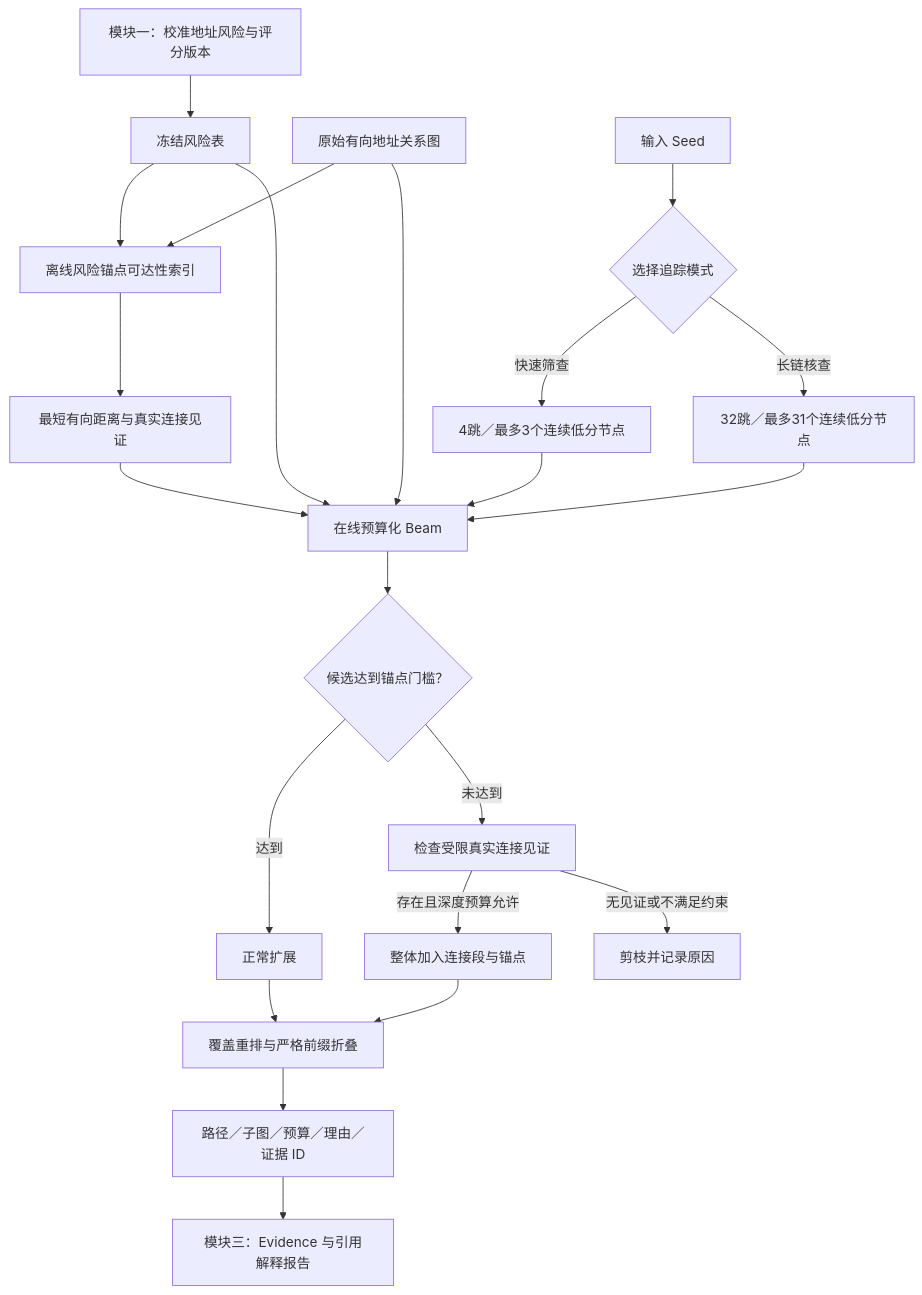
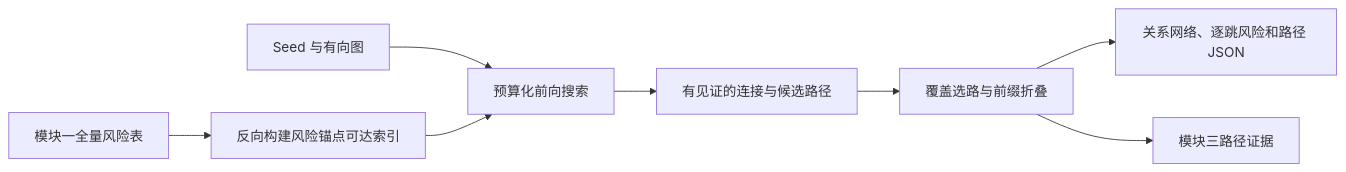
One commit to fengzhizhang-perkyass/lianjingzhian changed the diagram in web3-aml/docs/MODULE_02_RELATION_TRACING.md. Above: the diagram before and after it, drawn with Mermaid. The commit also changed other lines of this file and 663 other files, not shown here.

````diff
--- a/web3-aml/docs/MODULE_02_RELATION_TRACING.md
+++ b/web3-aml/docs/MODULE_02_RELATION_TRACING.md
@@ -31,24 +12,10 @@
 ```mermaid
-flowchart TD
-    M1[模块一：校准地址风险与评分版本] --> R[冻结风险表]
-    G[原始有向地址关系图] --> I[离线风险锚点可达性索引]
-    R --> I
-    I --> W[最短有向距离与真实连接见证]
-    S[输入 Seed] --> M{选择追踪模式}
-    M -->|快速筛查| Q[4跳／最多3个连续低分节点]
-    M -->|长链核查| L[32跳／最多31个连续低分节点]
-    Q --> B[在线预算化 Beam]
-    L --> B
-    R --> B
-    G --> B
-    W --> B
-    B --> H{候选达到锚点门槛？}
-    H -->|达到| A[正常扩展]
-    H -->|未达到| C[检查受限真实连接见证]
-    C -->|存在且深度预算允许| E[整体加入连接段与锚点]
-    C -->|无见证或不满足约束| P[剪枝并记录原因]
-    A --> D[覆盖重排与严格前缀折叠]
-    E --> D
-    D --> O[路径／子图／预算／理由／证据 ID]
-    O --> M3[模块三：Evidence 与引用解释报告]
+flowchart LR
+    R[模块一全量风险表] --> I[反向构建风险锚点可达索引]
+    S[Seed 与有向图] --> B[预算化前向搜索]
+    I --> B
+    B --> W[有见证的连接与候选路径]
+    W --> C[覆盖选路与前缀折叠]
+    C --> V[关系网络、逐跳风险和路径 JSON]
+    C --> E[模块三路径证据]
 ```
````
